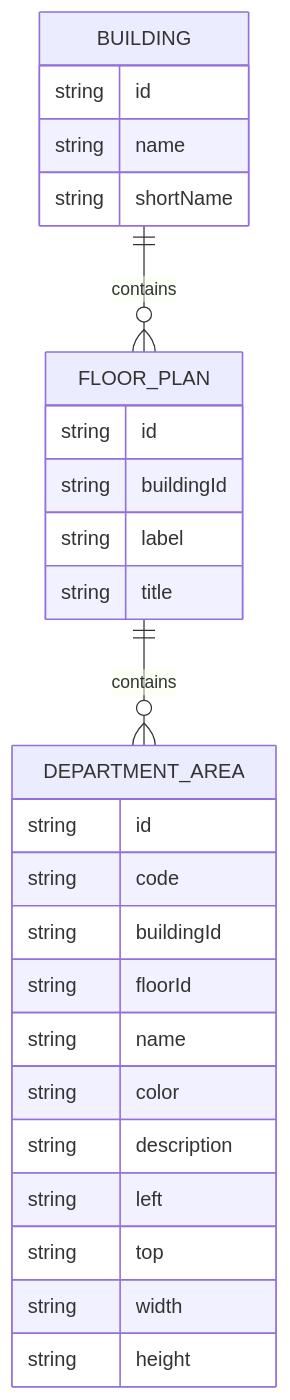
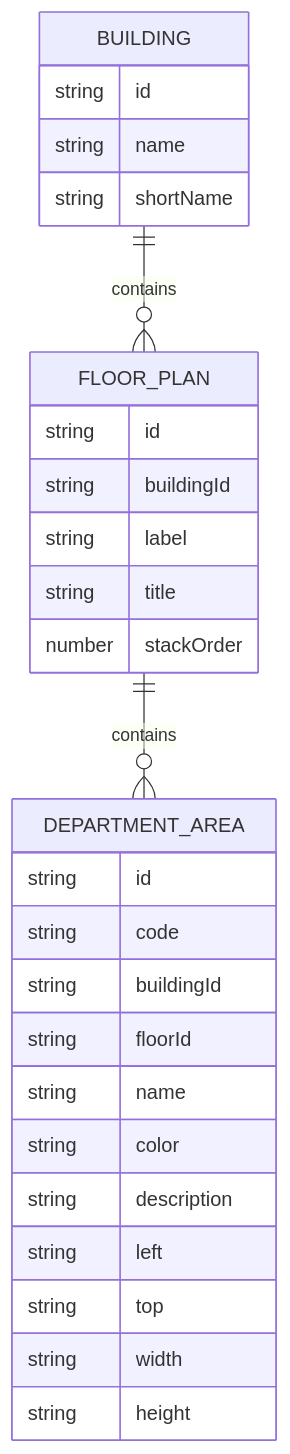
Before and after one commit to wilsonlcf1216-lab/clickonme: the second of 2 diagrams in .trae/documents/technical-architecture.md, drawn with Mermaid. The commit also changed other lines of this file and 5 other files, not shown here.

````diff
--- a/.trae/documents/technical-architecture.md
+++ b/.trae/documents/technical-architecture.md
@@ -63,29 +65,30 @@
 ```mermaid
 erDiagram
     BUILDING ||--o{ FLOOR_PLAN : contains
     FLOOR_PLAN ||--o{ DEPARTMENT_AREA : contains
     BUILDING {
         string id
         string name
         string shortName
     }
     FLOOR_PLAN {
         string id
         string buildingId
         string label
         string title
+        number stackOrder
     }
     DEPARTMENT_AREA {
         string id
         string code
         string buildingId
         string floorId
         string name
         string color
         string description
         string left
         string top
         string width
         string height
     }
 ```
````
